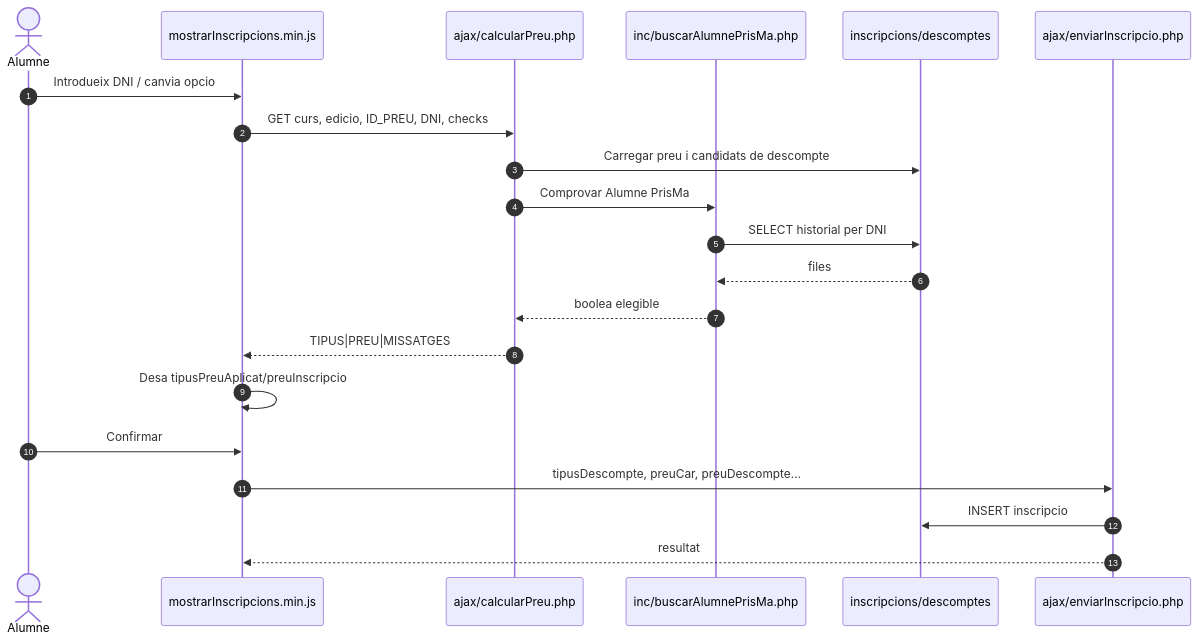
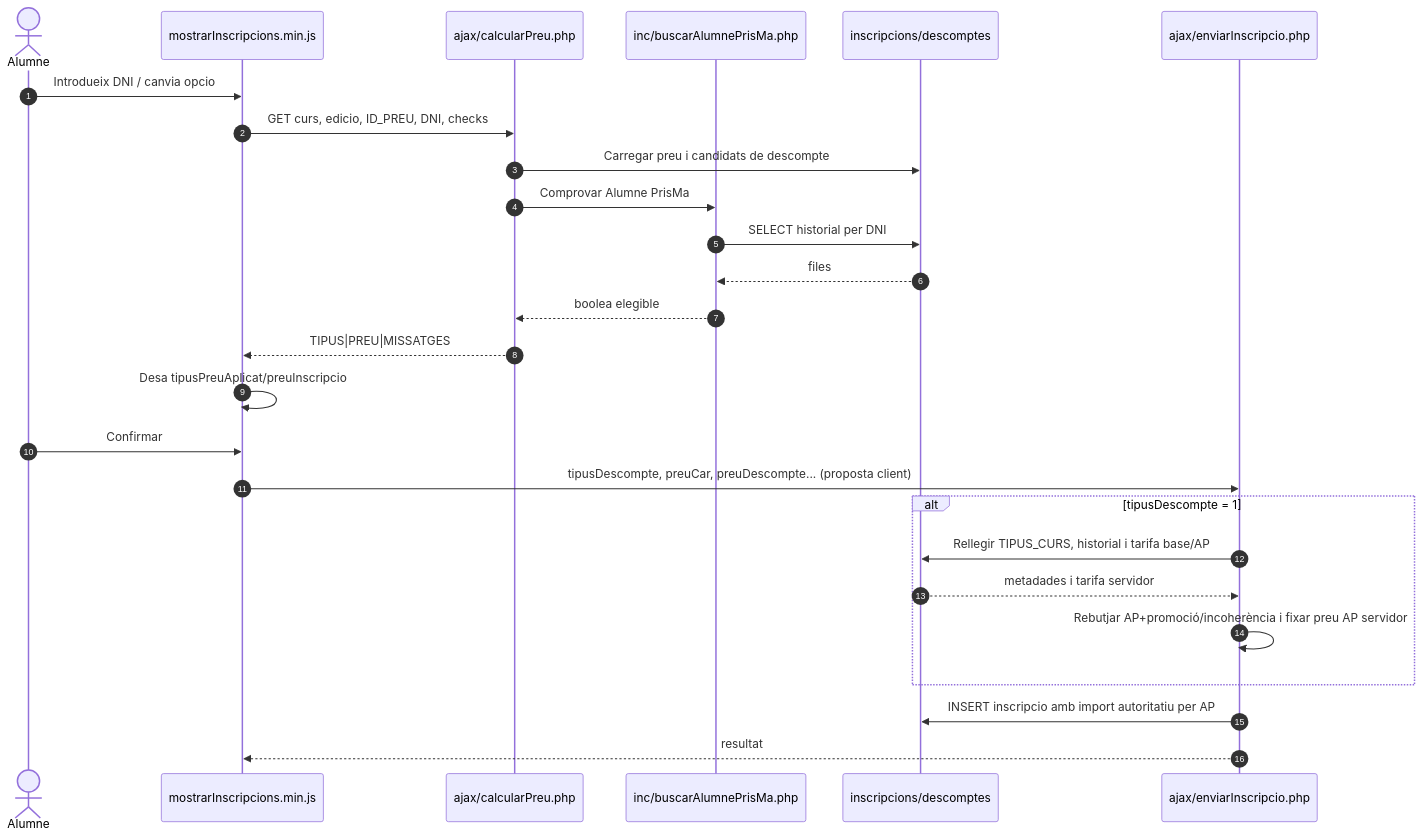
Before and after one commit to orgmeriemprismacat-del/verifactu: the first of 3 diagrams in documentacio/07-uml-integrat/uc-020-sequencies-actual-final.md, drawn with Mermaid. The commit also changed other lines of this file, not shown here.

Commit message:
docs(UC-020): update ACTUAL sequence after server-authoritative AP hardening

````diff
--- a/documentacio/07-uml-integrat/uc-020-sequencies-actual-final.md
+++ b/documentacio/07-uml-integrat/uc-020-sequencies-actual-final.md
@@ -7,24 +7,29 @@
 ```mermaid
 sequenceDiagram
 autonumber
 actor A as Alumne
 participant JS as mostrarInscripcions.min.js
 participant P as ajax/calcularPreu.php
 participant AP as inc/buscarAlumnePrisMa.php
 participant DB as inscripcions/descomptes
 participant E as ajax/enviarInscripcio.php
 
 A->>JS: Introdueix DNI / canvia opcio
 JS->>P: GET curs, edicio, ID_PREU, DNI, checks
 P->>DB: Carregar preu i candidats de descompte
 P->>AP: Comprovar Alumne PrisMa
 AP->>DB: SELECT historial per DNI
 DB-->>AP: files
 AP-->>P: boolea elegible
 P-->>JS: TIPUS|PREU|MISSATGES
 JS->>JS: Desa tipusPreuAplicat/preuInscripcio
 A->>JS: Confirmar
-JS->>E: tipusDescompte, preuCar, preuDescompte...
-E->>DB: INSERT inscripcio
+JS->>E: tipusDescompte, preuCar, preuDescompte... (proposta client)
+alt tipusDescompte = 1
+  E->>DB: Rellegir TIPUS_CURS, historial i tarifa base/AP
+  DB-->>E: metadades i tarifa servidor
+  E->>E: Rebutjar AP+promoció/incoherència i fixar preu AP servidor
+end
+E->>DB: INSERT inscripcio amb import autoritatiu per AP
 E-->>JS: resultat
 ```
````
